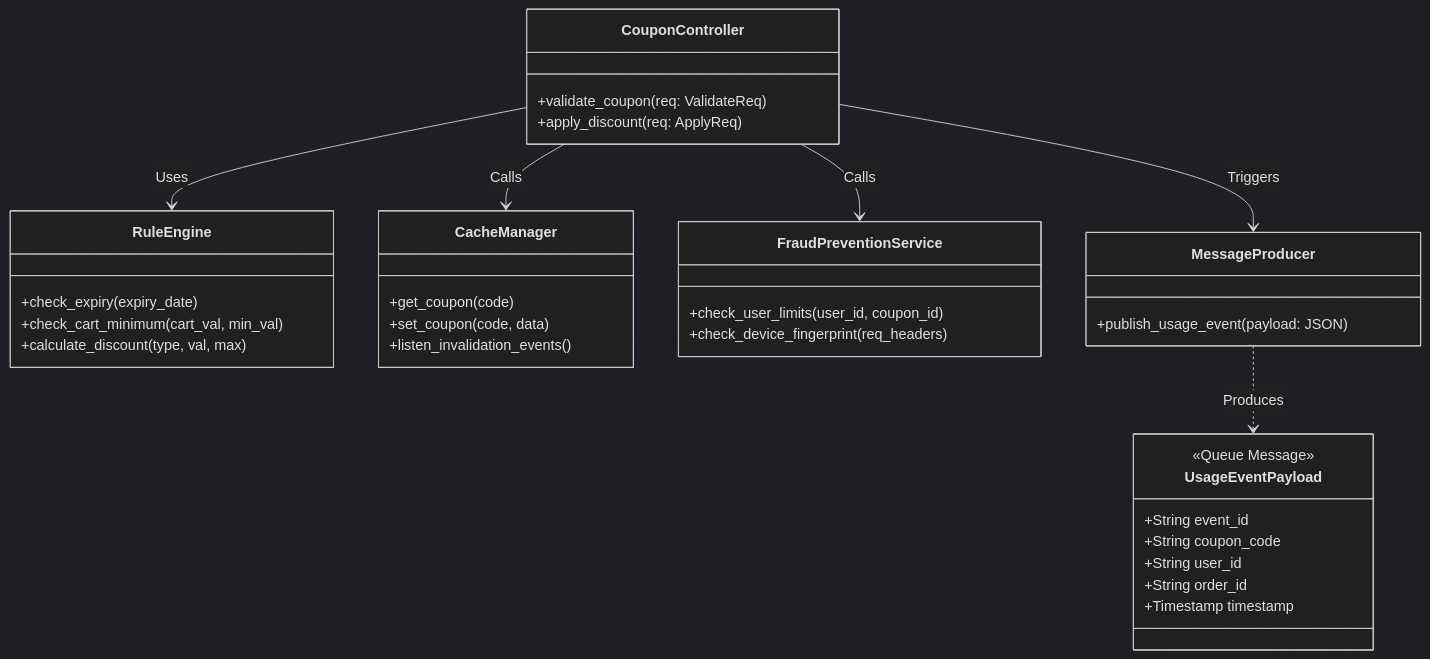
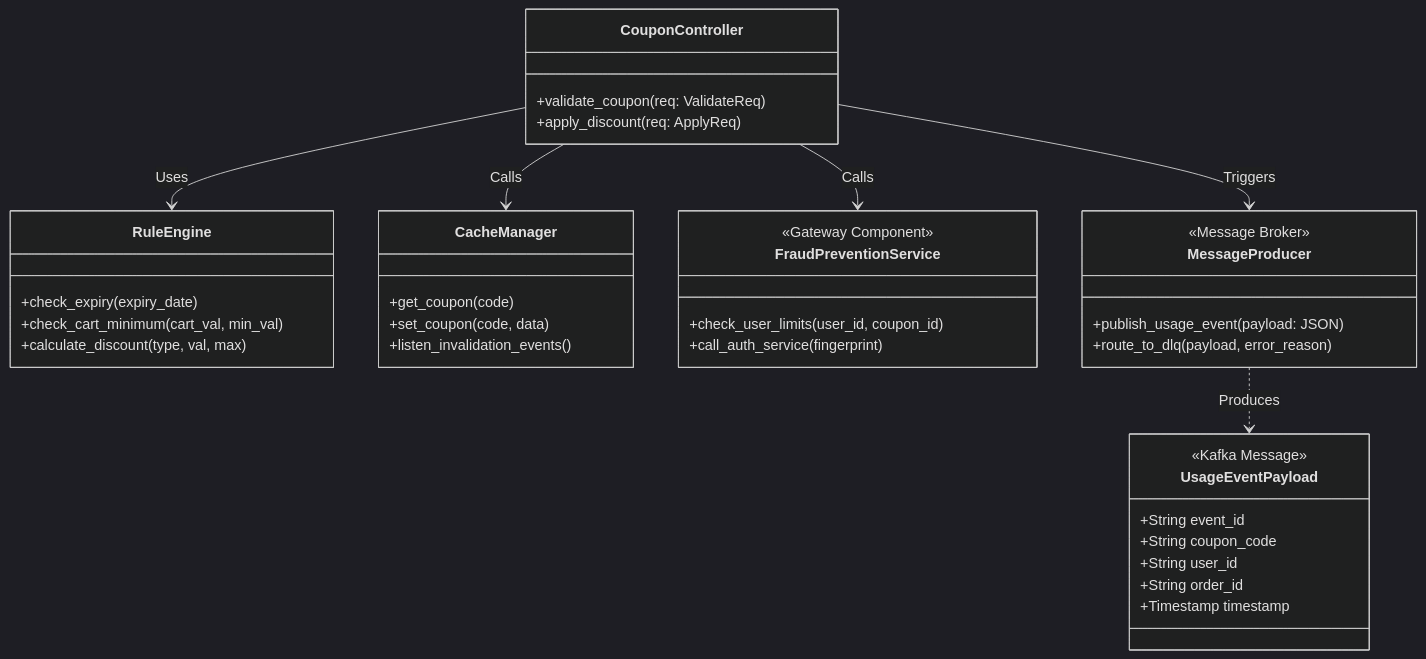
Before and after one commit to MSB-io/Coupon-Management-System-Design: the second of 3 diagrams in Architecture.md, drawn with Mermaid (dark theme). The commit also changed other lines of this file, not shown here.

Commit message:
Enhance Low-Level Design documentation with additional details on external interfaces for Fraud and Kafka message structure; update sequence diagram for clarity on Edge security and event processing flow

````diff
--- a/Architecture.md
+++ b/Architecture.md
@@ -92,45 +92,50 @@
 ```mermaid
 classDiagram
+    %% Core Controllers and Engines
     class CouponController {
         +validate_coupon(req: ValidateReq)
         +apply_discount(req: ApplyReq)
     }
     
     class RuleEngine {
         +check_expiry(expiry_date)
         +check_cart_minimum(cart_val, min_val)
         +calculate_discount(type, val, max)
     }
     
     class CacheManager {
         +get_coupon(code)
         +set_coupon(code, data)
         +listen_invalidation_events()
     }
     
+    %% External Service Adapters
     class FraudPreventionService {
+        <<Gateway Component>>
         +check_user_limits(user_id, coupon_id)
-        +check_device_fingerprint(req_headers)
+        +call_auth_service(fingerprint)
     }
     
     class MessageProducer {
+        <<Message Broker>>
         +publish_usage_event(payload: JSON)
+        +route_to_dlq(payload, error_reason)
     }
 
     CouponController --> RuleEngine : Uses
     CouponController --> CacheManager : Calls
     CouponController --> FraudPreventionService : Calls
     CouponController --> MessageProducer : Triggers
 
     %% Queue Payload Structure
     class UsageEventPayload {
-        <<Queue Message>>
+        <<Kafka Message>>
         +String event_id
         +String coupon_code
         +String user_id
         +String order_id
         +Timestamp timestamp
     }
     
     MessageProducer ..> UsageEventPayload : Produces
 ```
````
